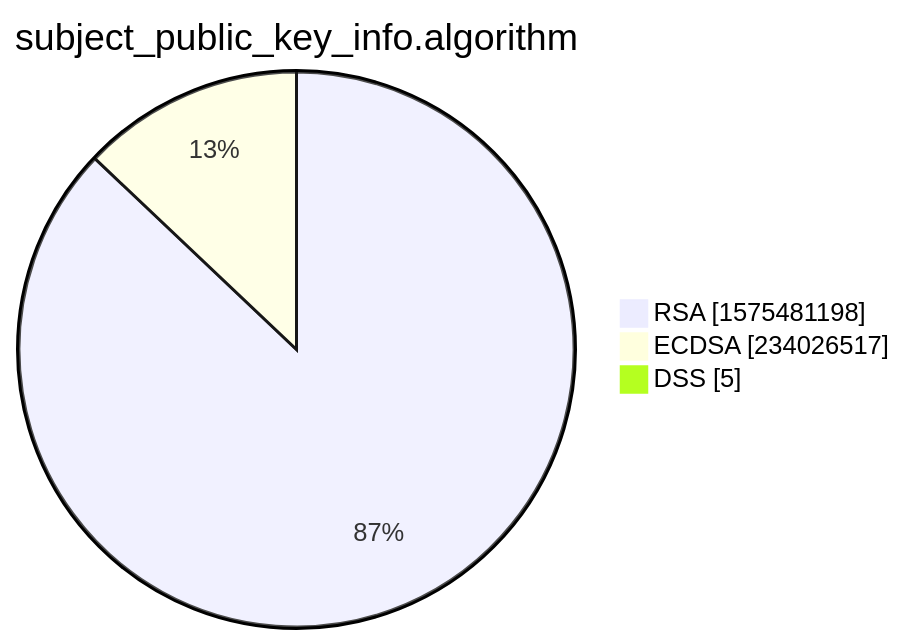
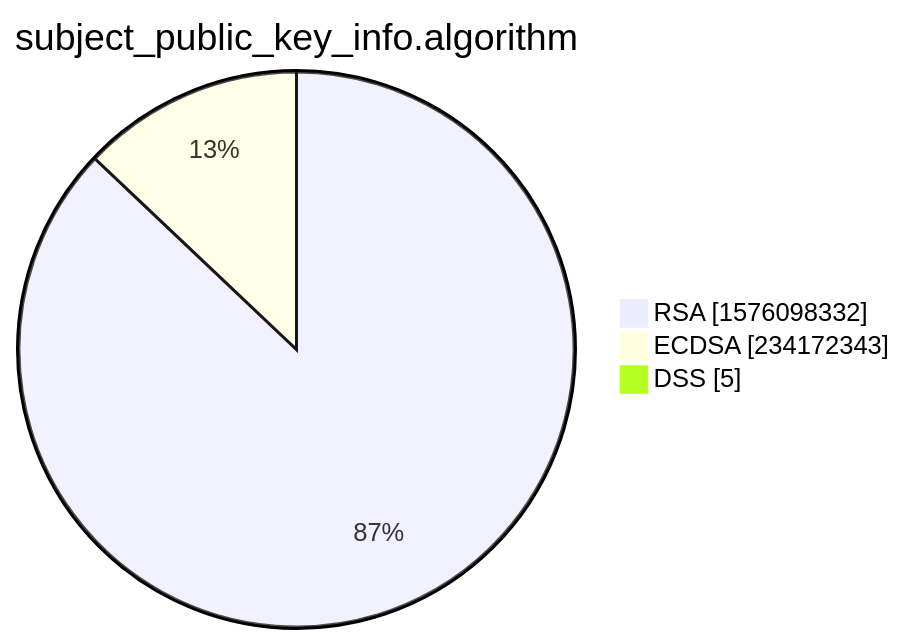
Before and after one commit to christiankrug/ctmonitor_visualization: the third of 15 diagrams in xenon2022/README.md, drawn with Mermaid. The commit also changed other lines of this file, not shown here.

````diff
--- a/xenon2022/README.md
+++ b/xenon2022/README.md
@@ -14,7 +14,7 @@
 ```mermaid
 pie showData
 title subject_public_key_info.algorithm
-"RSA" :1575481198
-"ECDSA" :234026517
+"RSA" :1576098332
+"ECDSA" :234172343
 "DSS" :5
 ```
````
